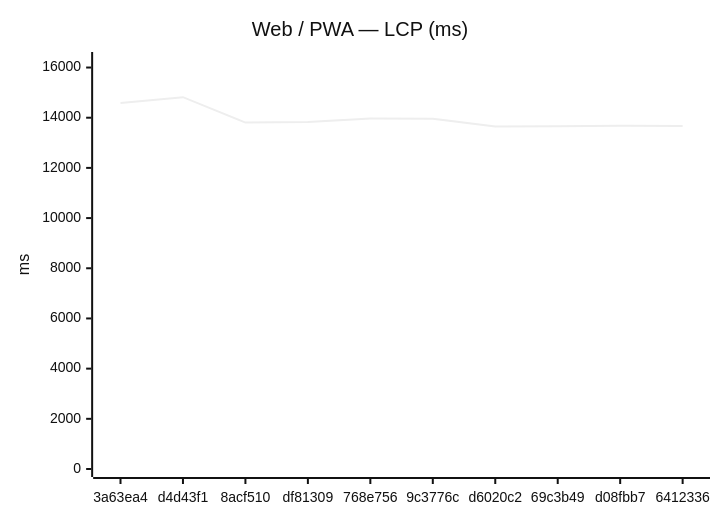
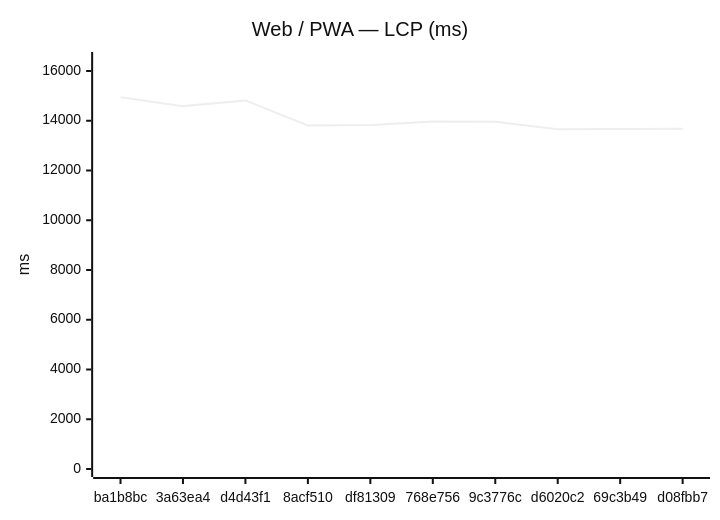
The first of 18 diagrams in benchmarks/compare.md (Metaheurist/Rianell), drawn with Mermaid (neutral theme) before and after one commit. The commit also changed other lines of this file and 11 other files, not shown here.

````diff
--- a/benchmarks/compare.md
+++ b/benchmarks/compare.md
@@ -24,7 +24,7 @@
 ```mermaid
 xychart-beta
     title "Web / PWA — LCP (ms)"
-    x-axis ["3a63ea4", "d4d43f1", "8acf510", "df81309", "768e756", "9c3776c", "d6020c2", "69c3b49", "d08fbb7", "6412336"]
-    y-axis "ms" 0 --> 16300
-    line [14588, 14818, 13807, 13825, 13971, 13962, 13654, 13664, 13678, 13670]
+    x-axis ["ba1b8bc", "3a63ea4", "d4d43f1", "8acf510", "df81309", "768e756", "9c3776c", "d6020c2", "69c3b49", "d08fbb7"]
+    y-axis "ms" 0 --> 16442
+    line [14947, 14588, 14818, 13807, 13825, 13971, 13962, 13654, 13664, 13678]
 ```
````
